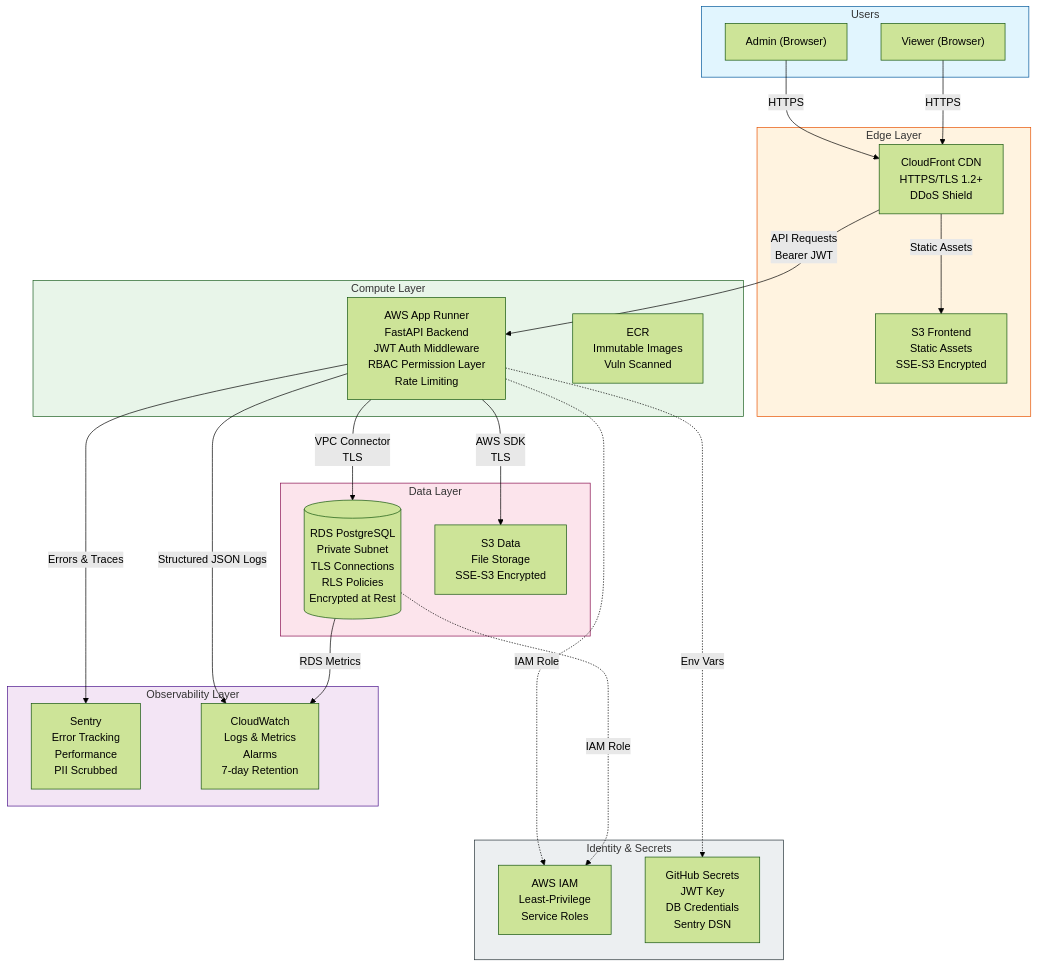
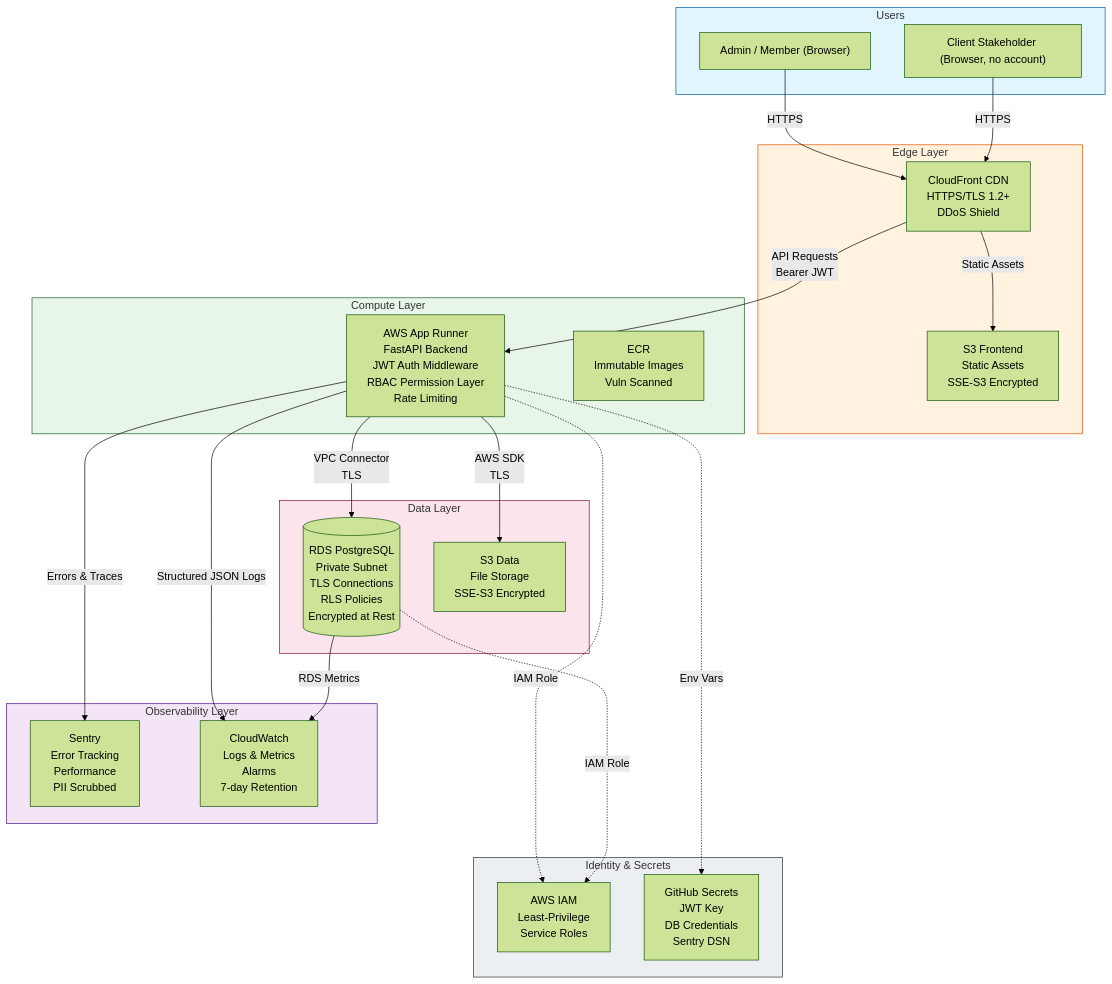
One commit to alonsovndev/open-projects-hub-docs changed the first of 4 diagrams in docs/03-architecture/security/security-architecture.md. Above: the diagram before and after it, drawn with Mermaid (forest theme). The commit also changed other lines of this file and 33 other files, not shown here.

First line of the commit message:
docs: Replace viewer accounts with client review access codes

````diff
--- a/docs/03-architecture/security/security-architecture.md
+++ b/docs/03-architecture/security/security-architecture.md
@@ -84,52 +84,52 @@
 ```mermaid
 flowchart TB
     subgraph Users["Users"]
-        Admin["Admin (Browser)"]
-        Viewer["Viewer (Browser)"]
+        Admin["Admin / Member (Browser)"]
+        Stakeholder["Client Stakeholder (Browser, no account)"]
     end
 
     subgraph Edge["Edge Layer"]
         CF["CloudFront CDN<br/>HTTPS/TLS 1.2+<br/>DDoS Shield"]
         S3F["S3 Frontend<br/>Static Assets<br/>SSE-S3 Encrypted"]
     end
 
     subgraph Compute["Compute Layer"]
         AR["AWS App Runner<br/>FastAPI Backend<br/>JWT Auth Middleware<br/>RBAC Permission Layer<br/>Rate Limiting"]
         ECR["ECR<br/>Immutable Images<br/>Vuln Scanned"]
     end
 
     subgraph Data["Data Layer"]
         RDS[("RDS PostgreSQL<br/>Private Subnet<br/>TLS Connections<br/>RLS Policies<br/>Encrypted at Rest")]
         S3D["S3 Data<br/>File Storage<br/>SSE-S3 Encrypted"]
     end
 
     subgraph Observability["Observability Layer"]
         Sentry["Sentry<br/>Error Tracking<br/>Performance<br/>PII Scrubbed"]
         CW["CloudWatch<br/>Logs & Metrics<br/>Alarms<br/>7-day Retention"]
     end
 
     subgraph Identity["Identity & Secrets"]
         IAM["AWS IAM<br/>Least-Privilege<br/>Service Roles"]
         Secrets["GitHub Secrets<br/>JWT Key<br/>DB Credentials<br/>Sentry DSN"]
     end
 
     Admin -->|"HTTPS"| CF
-    Viewer -->|"HTTPS"| CF
+    Stakeholder -->|"HTTPS"| CF
     CF -->|"Static Assets"| S3F
     CF -->|"API Requests<br/>Bearer JWT"| AR
     AR -->|"VPC Connector<br/>TLS"| RDS
     AR -->|"AWS SDK<br/>TLS"| S3D
     AR -->|"Errors & Traces"| Sentry
     AR -->|"Structured JSON Logs"| CW
     RDS -->|"RDS Metrics"| CW
     AR -..->|"IAM Role"| IAM
     RDS -..->|"IAM Role"| IAM
     AR -..->|"Env Vars"| Secrets
 
     style Users fill:#e1f5fe,stroke:#01579b
     style Edge fill:#fff3e0,stroke:#e65100
     style Compute fill:#e8f5e9,stroke:#1b5e20
     style Data fill:#fce4ec,stroke:#880e4f
     style Observability fill:#f3e5f5,stroke:#4a148c
     style Identity fill:#eceff1,stroke:#263238
 ```
````
